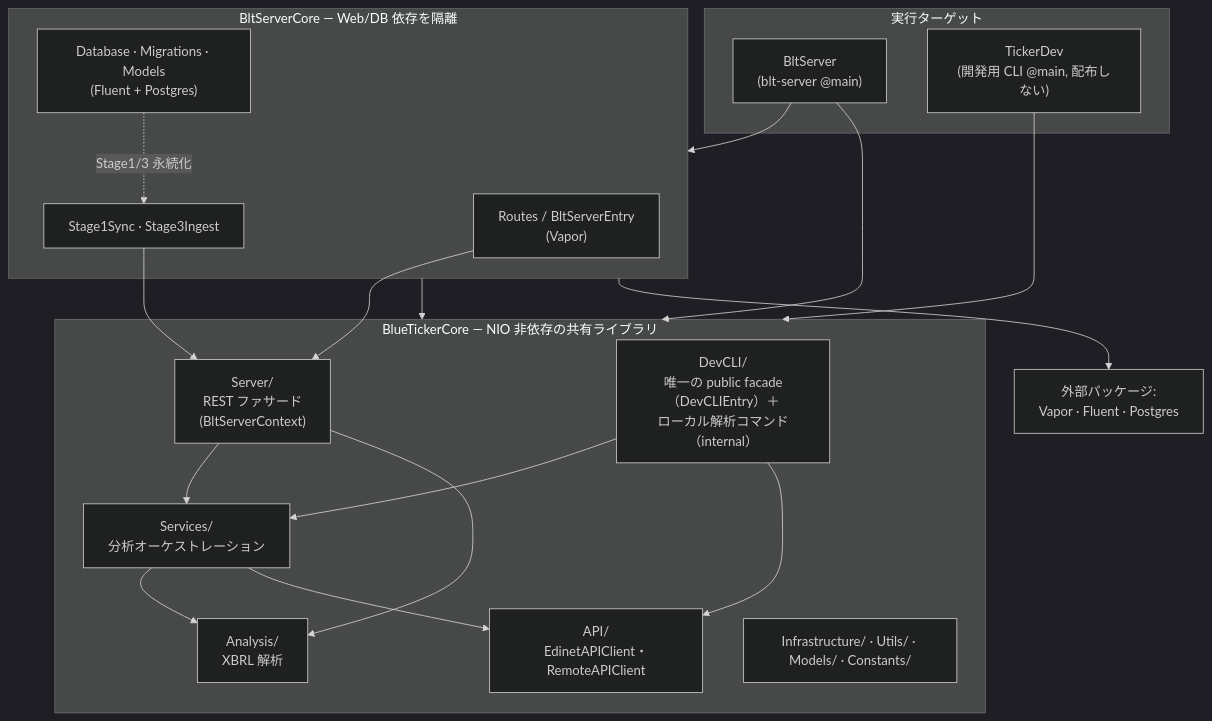
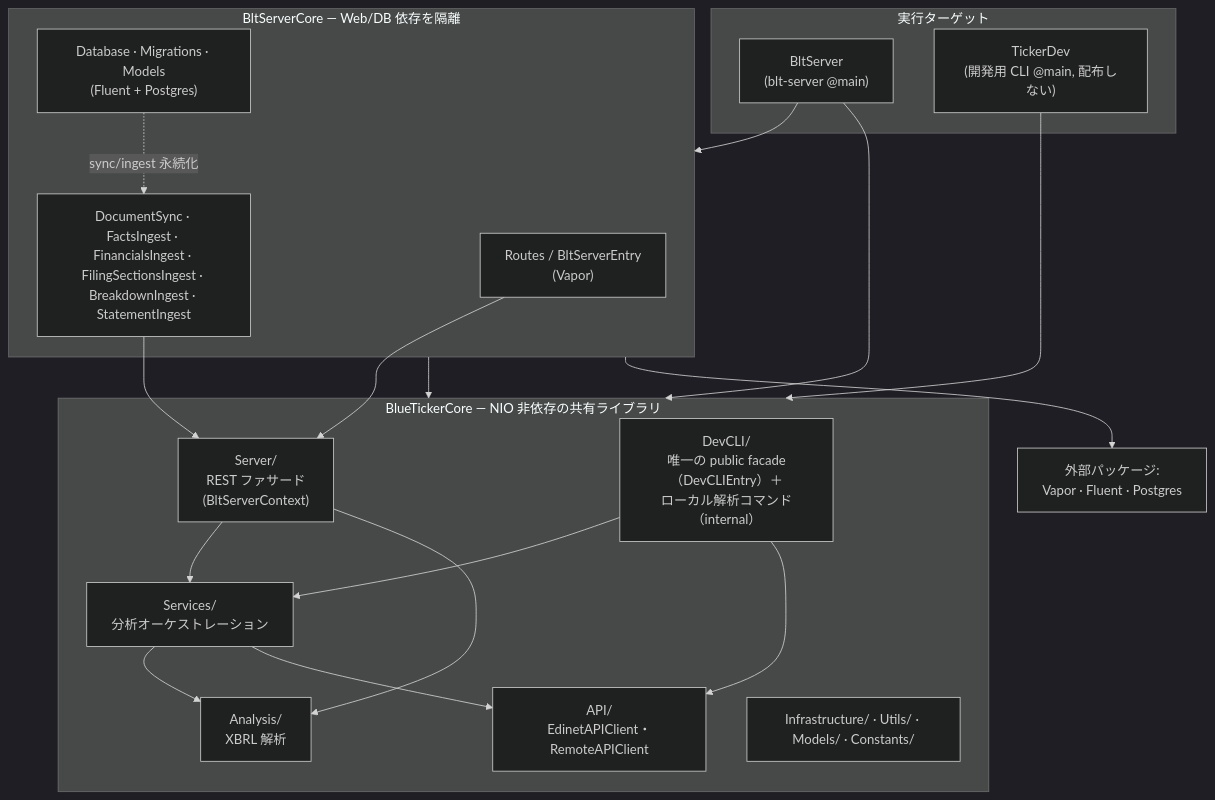
Before and after one commit to sollahiro/blue-ticker: the first of 4 diagrams in docs/architecture.md, drawn with Mermaid (dark theme). The commit also changed other lines of this file and 14 other files, not shown here.

````diff
--- a/docs/architecture.md
+++ b/docs/architecture.md
@@ -23,40 +23,40 @@
 ```mermaid
 graph TD
     subgraph exe["実行ターゲット"]
         blt["BltServer<br/>(blt-server @main)"]
         tickerdev["TickerDev<br/>(開発用 CLI @main, 配布しない)"]
     end
 
     subgraph core["BlueTickerCore — NIO 非依存の共有ライブラリ"]
         DevCLI["DevCLI/<br/>唯一の public facade（DevCLIEntry）＋<br/>ローカル解析コマンド（internal）"]
         Server["Server/<br/>REST ファサード<br/>(BltServerContext)"]
         Services["Services/<br/>分析オーケストレーション"]
         Analysis["Analysis/<br/>XBRL 解析"]
         API["API/<br/>EdinetAPIClient・RemoteAPIClient"]
         Infra["Infrastructure/ · Utils/ · Models/ · Constants/"]
     end
 
     subgraph servercore["BltServerCore — Web/DB 依存を隔離"]
         Transport["Routes / BltServerEntry<br/>(Vapor)"]
         DB["Database · Migrations · Models<br/>(Fluent + Postgres)"]
-        Stages["Stage1Sync · Stage3Ingest"]
+        Ingest["DocumentSync · FactsIngest · FinancialsIngest · FilingSectionsIngest · BreakdownIngest · StatementIngest"]
     end
 
     ext["外部パッケージ:<br/>Vapor · Fluent · Postgres"]
 
     blt --> servercore
     blt --> core
     tickerdev --> core
     servercore --> core
     servercore --> ext
 
     DevCLI --> Services
     DevCLI --> API
     Server --> Services
     Server --> Analysis
     Services --> Analysis
     Services --> API
     Transport --> Server
-    Stages --> Server
-    DB -.->|Stage1/3 永続化| Stages
+    Ingest --> Server
+    DB -.->|sync/ingest 永続化| Ingest
 ```
````
